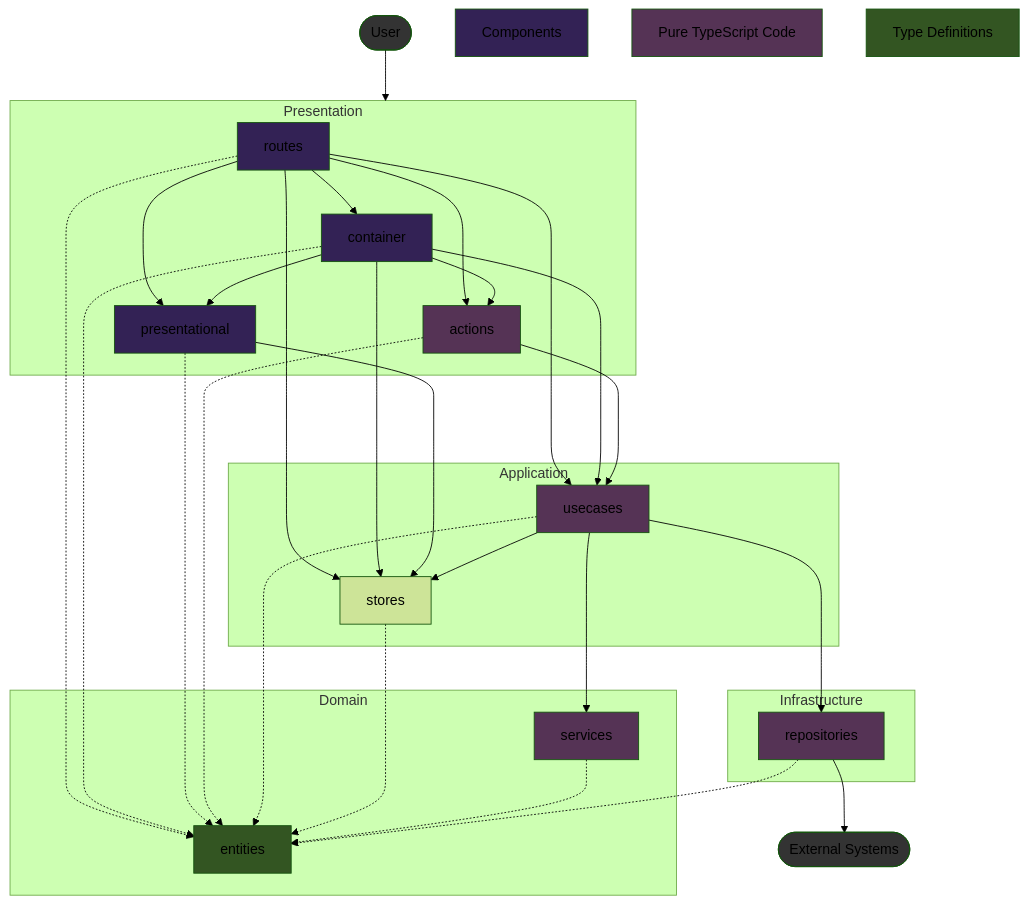
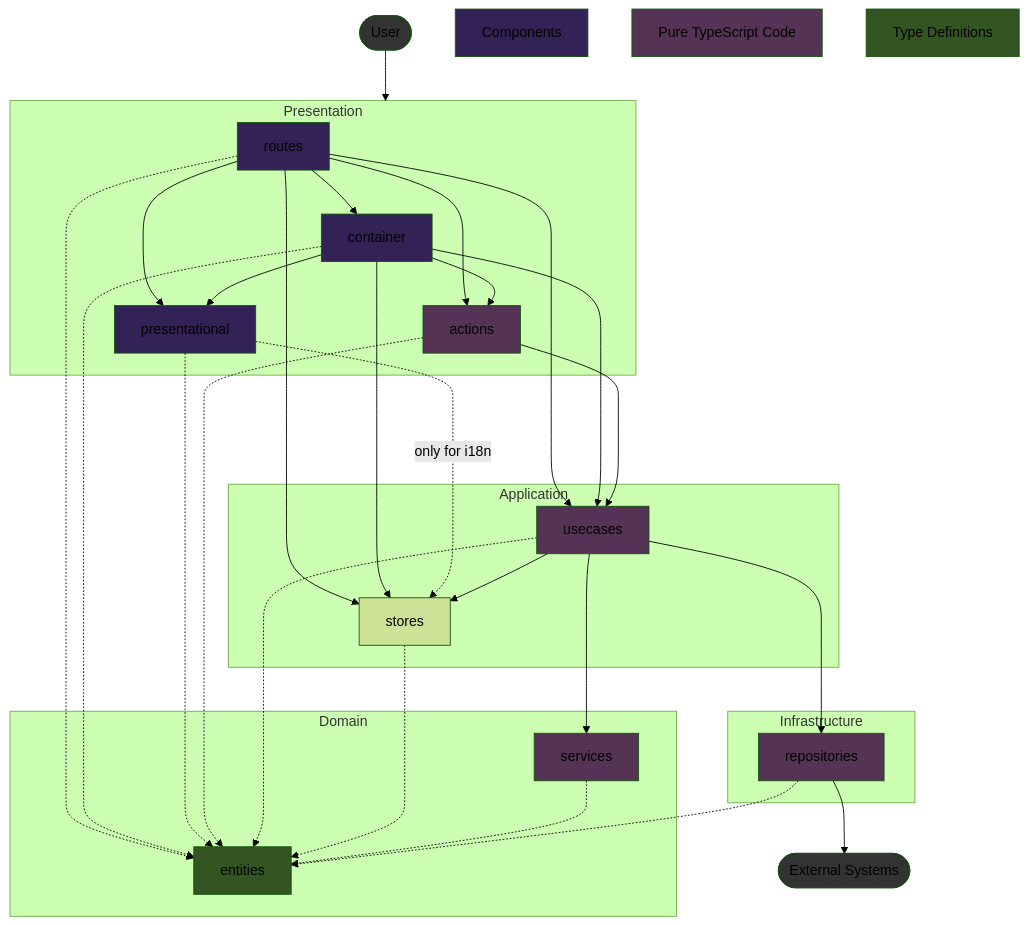
One commit to k5n/kotonoha changed the first of 2 diagrams in doc/technical_specifications.md. Above: the diagram before and after it, drawn with Mermaid (forest theme). The commit also changed other lines of this file and 1 other file, not shown here.

Commit message:
docs: update frontend architecture guidelines for component logic extraction and store access

````diff
--- a/doc/technical_specifications.md
+++ b/doc/technical_specifications.md
@@ -123,61 +123,61 @@
 ```mermaid
 graph TD
     classDef cssTypes fill:#352;
     classDef cssComponents fill:#325;
     classDef cssPure fill:#535;
     classDef cssExternal fill:#333;
     
     User([User]):::cssExternal
 
     subgraph Presentation
         container[container]:::cssComponents
         presentational[presentational]:::cssComponents
         routes[routes]:::cssComponents
         actions[actions]:::cssPure
     end
 
     subgraph Application
         usecases[usecases]:::cssPure
         stores[stores]
     end
 
     subgraph Domain
         entities[entities]:::cssTypes
         services[services]:::cssPure
     end
 
     subgraph Infrastructure
         repositories[repositories]:::cssPure
     end
 
     ExternalSystems([External Systems]):::cssExternal
 
     User ---> Presentation
     routes ----> usecases
     routes --> container
     routes --> presentational
     routes --> stores
     routes --> actions
     routes -.-> entities
     container ----> usecases
     container --> actions
     container --> stores
     container -.-> entities
     container --> presentational
-    presentational ---> stores
+    presentational -."only for i18n".-> stores
     presentational -.-> entities
     actions -.-> entities
     actions ---> usecases
     usecases --> stores
     usecases -.-> entities
     usecases --> services
     usecases ---> repositories
     stores -.-> entities
     services -.-> entities
     repositories -.-> entities
     repositories --> ExternalSystems
 
     Components:::cssComponents
     PureTypeScript[Pure TypeScript Code]:::cssPure
     TypeDefinitions[Type Definitions]:::cssTypes
 ```
````
